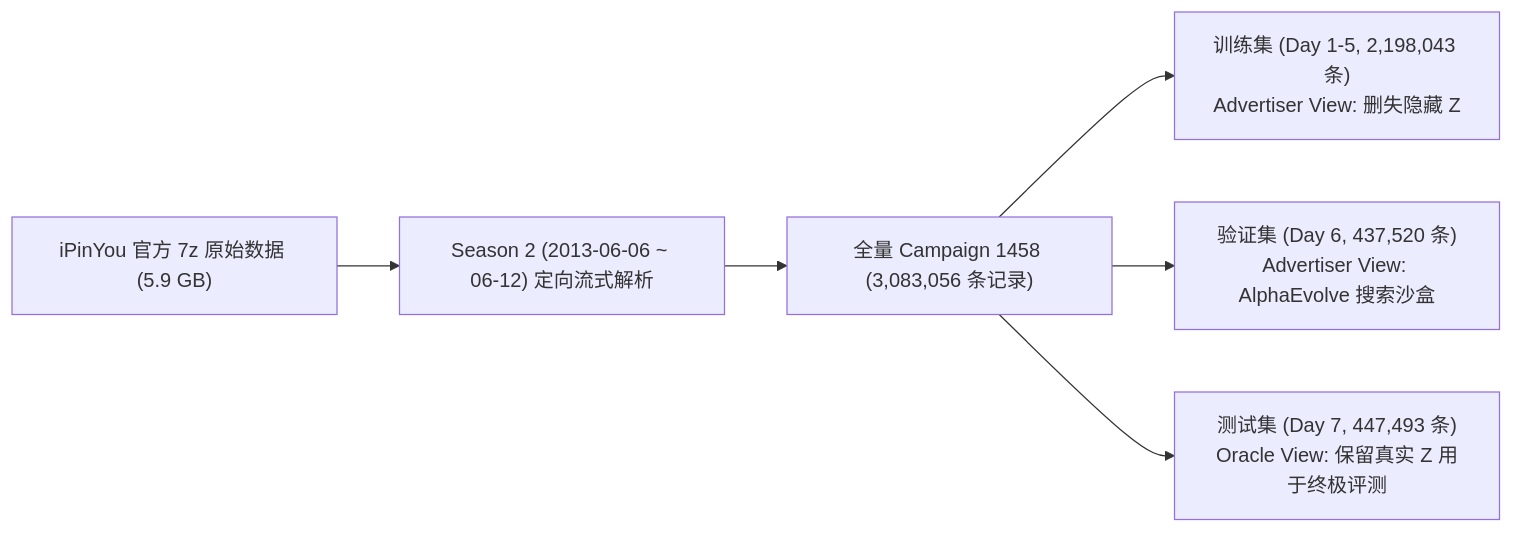
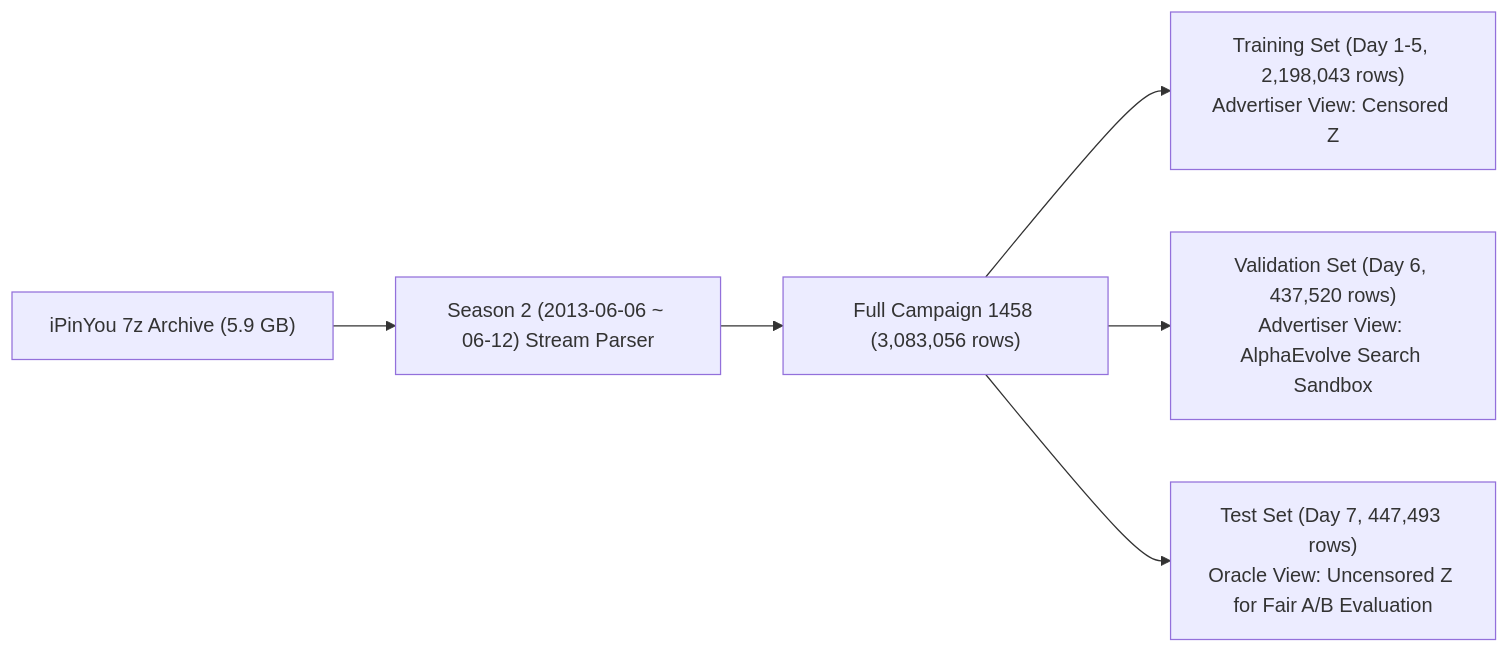
Before and after one commit to yanping/AE-optim-auto-bidding-strategy: the diagram in docs/ipinyou_real_data_report.md, drawn with Mermaid. The commit also changed other lines of this file and 8 other files, not shown here.

````diff
--- a/docs/ipinyou_real_data_report.md
+++ b/docs/ipinyou_real_data_report.md
@@ -22,8 +24,11 @@
 ```mermaid
 flowchart LR
-    A["iPinYou 官方 7z 原始数据 (5.9 GB)"] --> B["Season 2 (2013-06-06 ~ 06-12) 定向流式解析"]
-    B --> C["全量 Campaign 1458 (3,083,056 条记录)"]
-    C --> D["训练集 (Day 1-5, 2,198,043 条)<br/>Advertiser View: 删失隐藏 Z"]
-    C --> E["验证集 (Day 6, 437,520 条)<br/>Advertiser View: AlphaEvolve 搜索沙盒"]
-    C --> F["测试集 (Day 7, 447,493 条)<br/>Oracle View: 保留真实 Z 用于终极评测"]
+    A["iPinYou 7z Archive (5.9 GB)"] --> B["Season 2 (2013-06-06 ~ 06-12) Stream Parser"]
+    B --> C["Full Campaign 1458 (3,083,056 rows)"]
+    D["Training Set (Day 1-5, 2,198,043 rows)<br/>Advertiser View: Censored Z"]
+    E["Validation Set (Day 6, 437,520 rows)<br/>Advertiser View: AlphaEvolve Search Sandbox"]
+    F["Test Set (Day 7, 447,493 rows)<br/>Oracle View: Uncensored Z for Fair A/B Evaluation"]
+    C --> D
+    C --> E
+    C --> F
 ```
````
